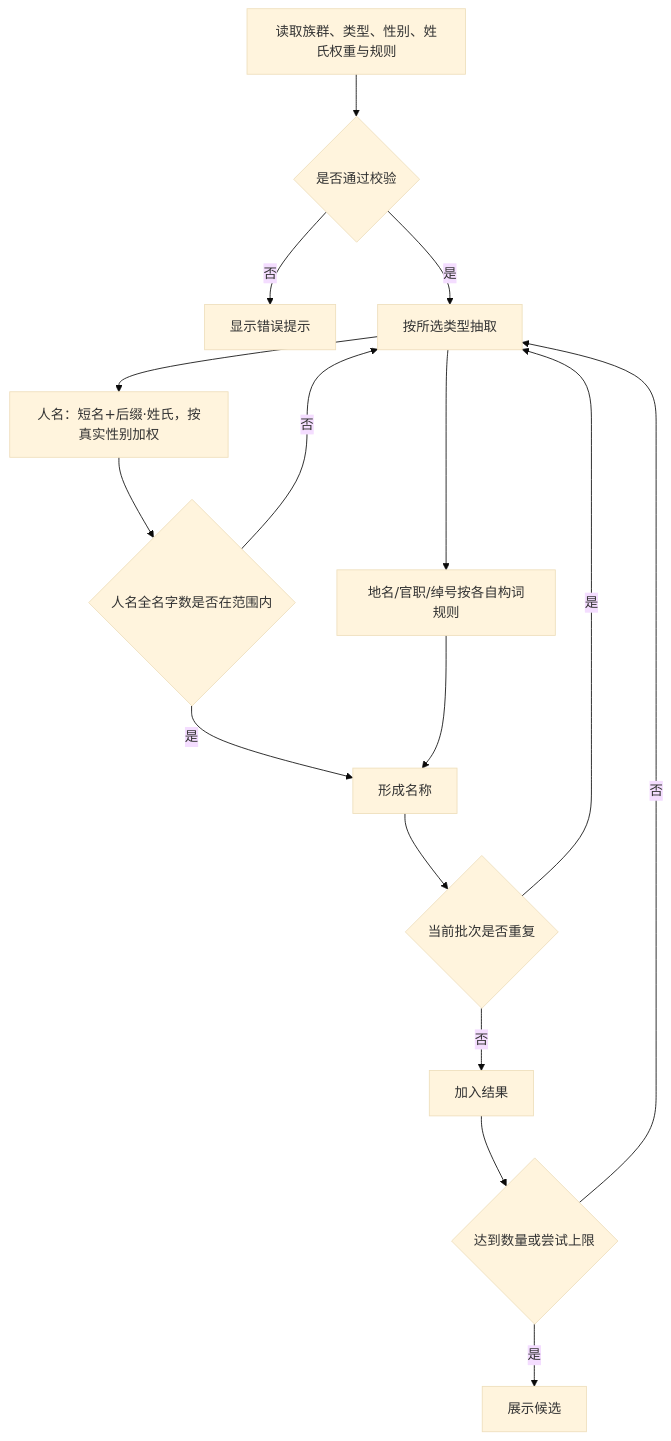
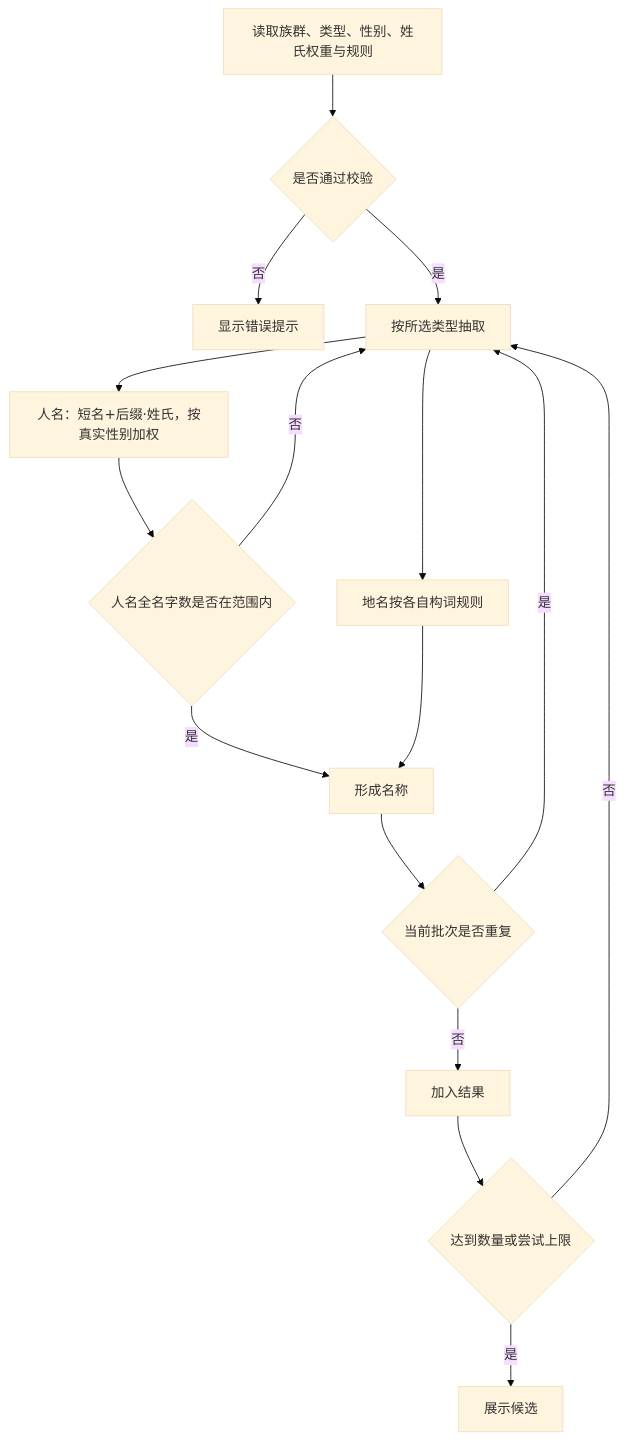
The diagram in docs/prd/02-name-generation.md (the-writer/creative-workshop), drawn with Mermaid (base theme) before and after one commit. The commit also changed other lines of this file and 31 other files, not shown here.

````diff
--- a/docs/prd/02-name-generation.md
+++ b/docs/prd/02-name-generation.md
@@ -71,18 +64,18 @@
 ```mermaid
 flowchart TD
   A[读取族群、类型、性别、姓氏权重与规则] --> B{是否通过校验}
   B -- 否 --> C[显示错误提示]
   B -- 是 --> F[按所选类型抽取]
   F --> F1[人名：短名+后缀·姓氏，按真实性别加权]
-  F --> F2[地名/官职/绰号按各自构词规则]
+  F --> F2[地名按各自构词规则]
   F1 --> G{人名全名字数是否在范围内}
   G -- 否 --> F
   G -- 是 --> H[形成名称]
   F2 --> H
   H --> I{当前批次是否重复}
   I -- 是 --> F
   I -- 否 --> J[加入结果]
   J --> K{达到数量或尝试上限}
   K -- 否 --> F
   K -- 是 --> L[展示候选]
 ```
````
